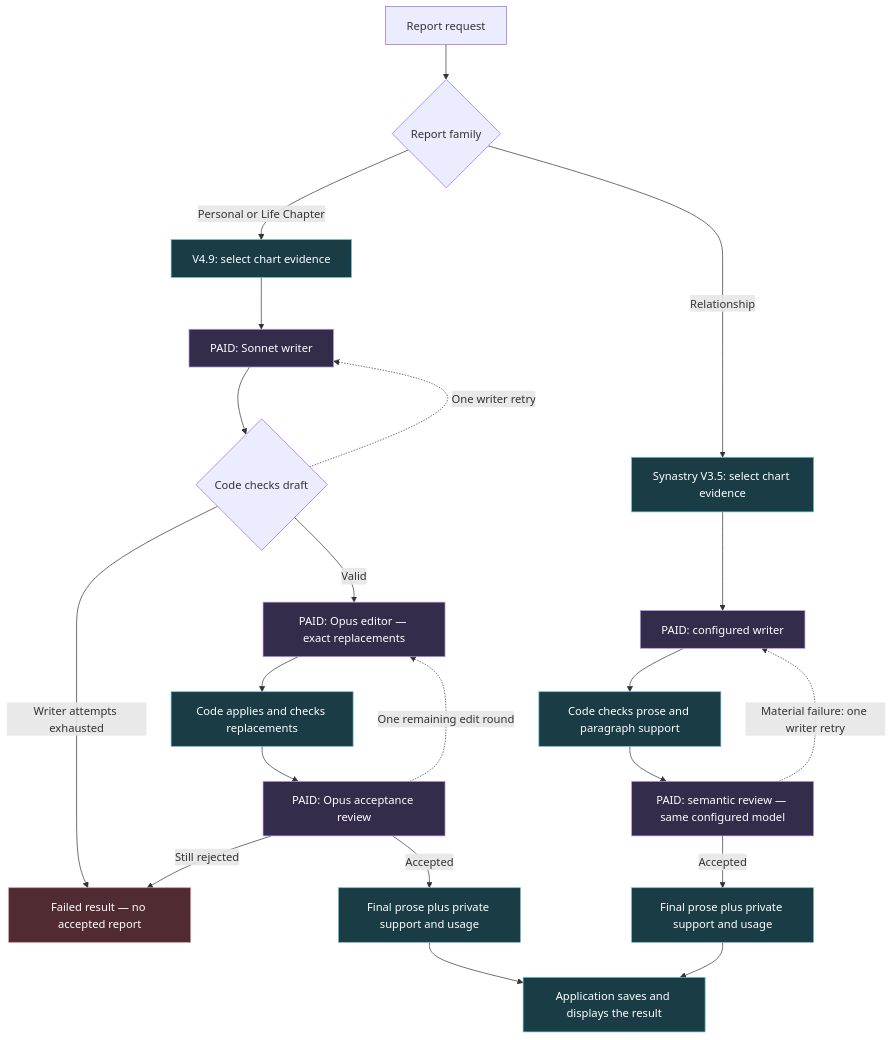
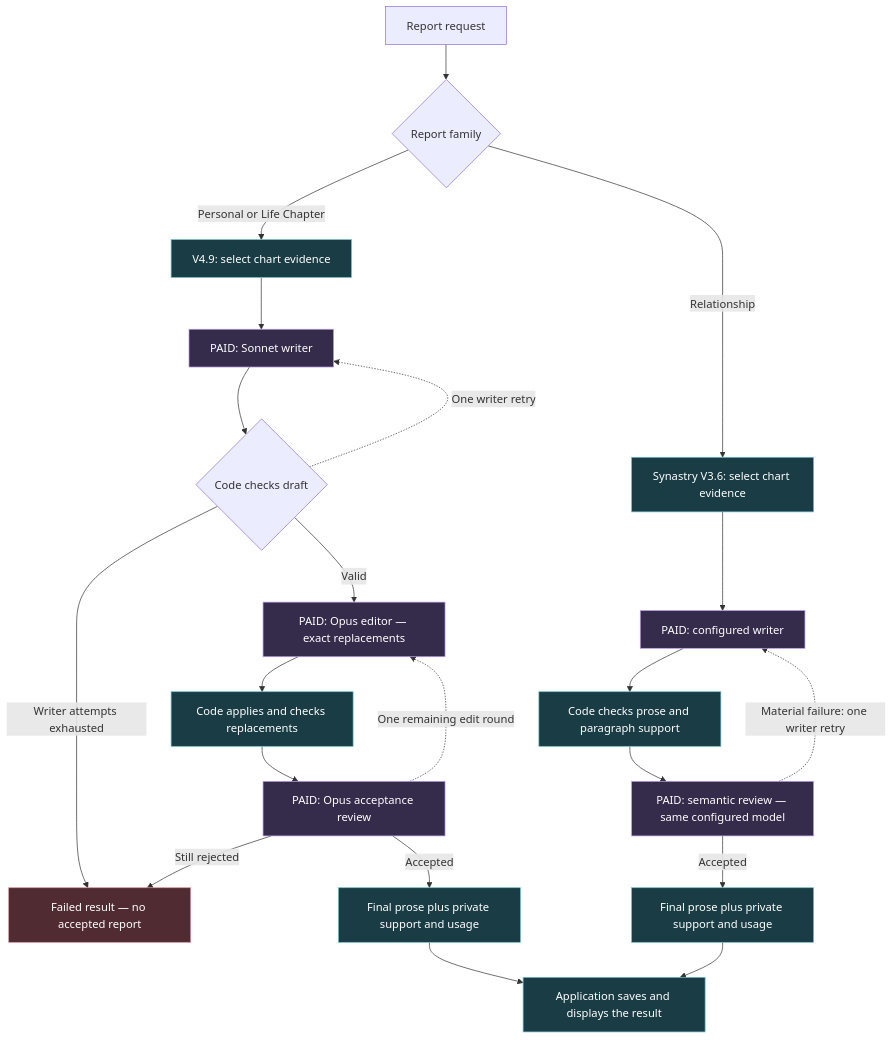
One commit to tonycecala/Astra changed the first of 2 diagrams in docs/architecture/REPORT_WRITING_FLOW.md. Above: the diagram before and after it, drawn with Mermaid. The commit also changed other lines of this file and 5 other files, not shown here.

````diff
--- a/docs/architecture/REPORT_WRITING_FLOW.md
+++ b/docs/architecture/REPORT_WRITING_FLOW.md
@@ -11,35 +11,35 @@
 ```mermaid
 flowchart TD
     R["Report request"] --> T{"Report family"}
     T -->|Personal or Life Chapter| P["V4.9: select chart evidence"]
     P --> W["PAID: Sonnet writer"]
     W --> C{"Code checks draft"}
     C -->|Valid| E["PAID: Opus editor — exact replacements"]
     C -.->|One writer retry| W
     C -->|Writer attempts exhausted| F["Failed result — no accepted report"]
     E --> A["Code applies and checks replacements"]
     A --> G["PAID: Opus acceptance review"]
     G -->|Accepted| O["Final prose plus private support and usage"]
     G -.->|One remaining edit round| E
     G -->|Still rejected| F
-    T -->|Relationship| S["Synastry V3.5: select chart evidence"]
+    T -->|Relationship| S["Synastry V3.6: select chart evidence"]
     S --> SW["PAID: configured writer"]
     SW --> SC["Code checks prose and paragraph support"]
     SC --> SR["PAID: semantic review — same configured model"]
     SR -->|Accepted| SO["Final prose plus private support and usage"]
     SR -.->|Material failure: one writer retry| SW
     O --> V["Application saves and displays the result"]
     SO --> V
     click P "../../packages/astrology/src/index.ts" "Report dispatch and evidence selection"
     click W "../../packages/astrology/src/report/portraitsV4.ts" "V4 writer"
     click E "../../packages/astrology/src/report/portraitsV4.ts" "V4 editor"
     click G "../../packages/astrology/src/report/portraitsV4.ts" "V4 acceptance review"
     click SW "../../packages/astrology/src/report/synastryV3.ts" "Synastry writer and review prompts"
     click SR "../../packages/astrology/src/index.ts" "Synastry orchestration"
     classDef paid fill:#352b4b,stroke:#be9fea,color:#fff
     classDef code fill:#193c45,stroke:#72bdc9,color:#fff
     classDef failure fill:#512b32,stroke:#d8939e,color:#fff
     class W,E,G,SW,SR paid
     class P,A,S,SC,O,SO,V code
     class F failure
 ```
````
